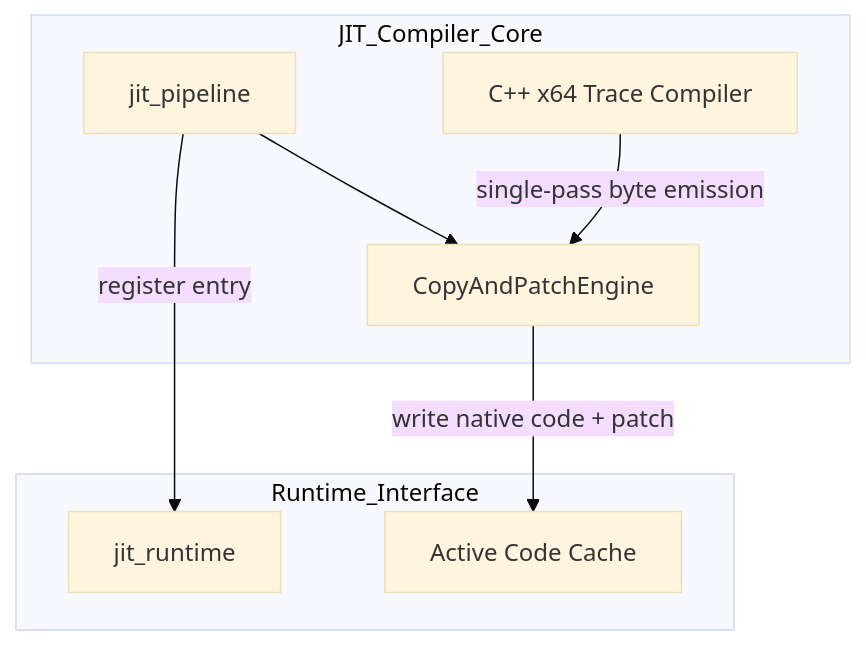
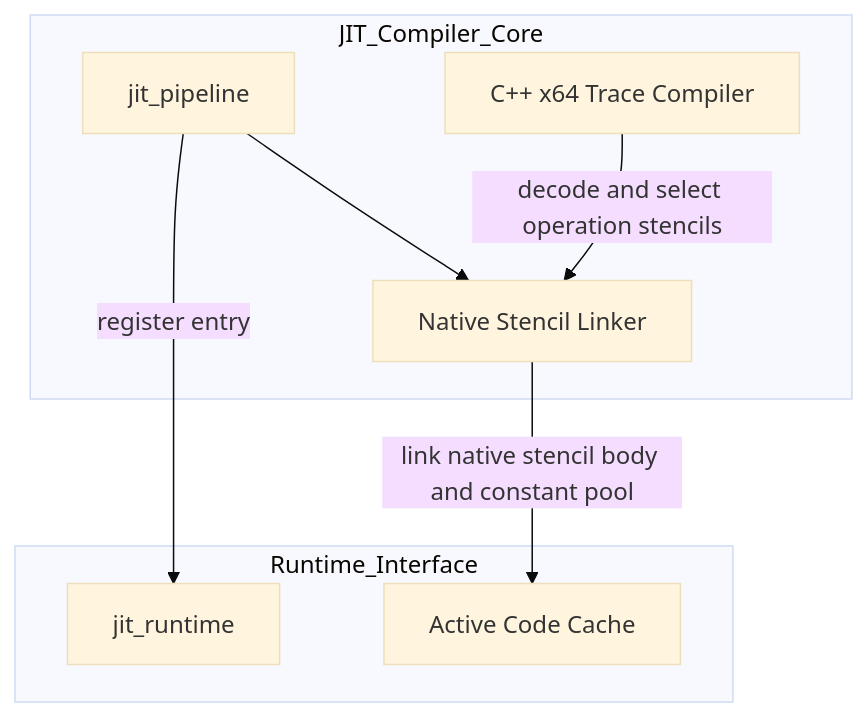
The first of 4 diagrams in docs/components/tier3_plugins/jit_compiler.md (kmt-t/fireball), drawn with Mermaid (base theme) before and after one commit. The commit also changed other lines of this file and 109 other files, not shown here.

Commit message:
refactor(runtime): reorganize native interpreter and JIT stencils

````diff
--- a/docs/components/tier3_plugins/jit_compiler.md
+++ b/docs/components/tier3_plugins/jit_compiler.md
@@ -41,18 +72,18 @@
 ```mermaid
 flowchart TD
     subgraph JIT_Compiler_Core
         Pipeline[jit_pipeline]
-        Engine[CopyAndPatchEngine]
+        Engine[Native Stencil Linker]
         NativeCompiler[C++ x64 Trace Compiler]
     end
 
     subgraph Runtime_Interface
         Runtime[jit_runtime]
         Cache[Active Code Cache]
     end
 
     Pipeline --> Engine
-    NativeCompiler -->|single-pass byte emission| Engine
-    Engine -->|write native code + patch| Cache
+    NativeCompiler -->|decode and select operation stencils| Engine
+    Engine -->|link native stencil body and constant pool| Cache
     Pipeline -->|register entry| Runtime
 ```
````
